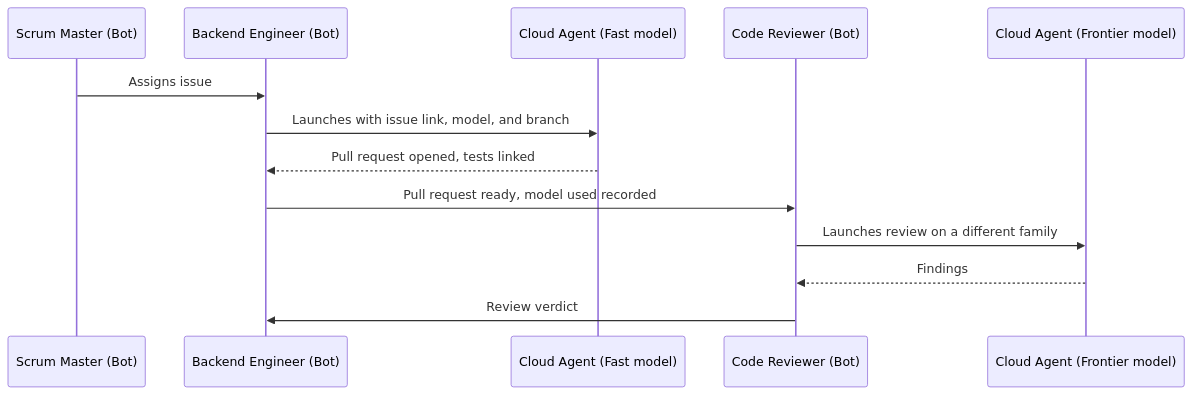
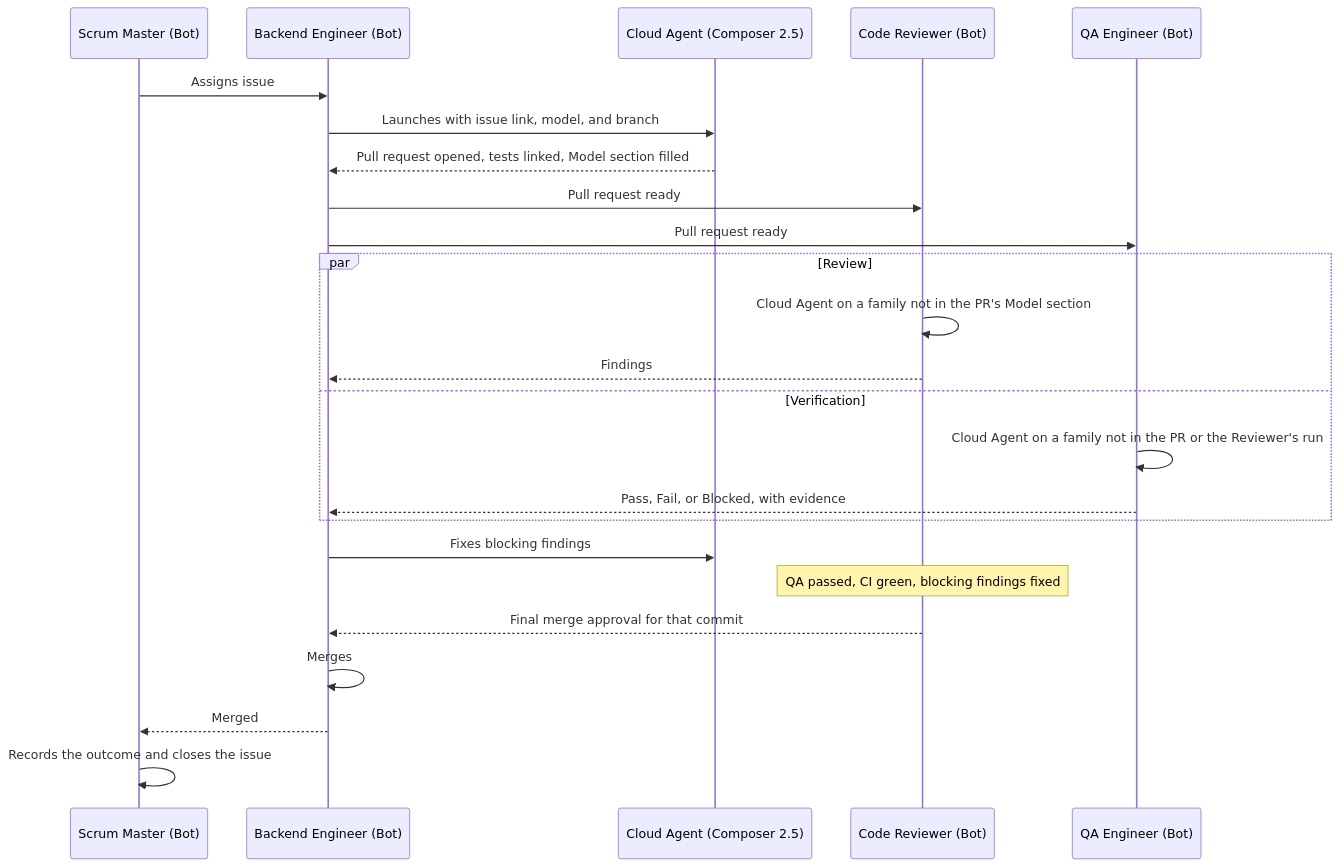
One commit to sheepnir/GrokBot_DevFlow changed the diagram in SOP/SOP-001-token-efficiency.md. Above: the diagram before and after it, drawn with Mermaid. The commit also changed other lines of this file and 2 other files, not shown here.

First line of the commit message:
Address CTO review of SOP-001

````diff
--- a/SOP/SOP-001-token-efficiency.md
+++ b/SOP/SOP-001-token-efficiency.md
@@ -49,15 +62,26 @@
 ```mermaid
 sequenceDiagram
     participant SM as Scrum Master (Bot)
     participant BE as Backend Engineer (Bot)
-    participant CA as Cloud Agent (Fast model)
+    participant CA as Cloud Agent (Composer 2.5)
     participant CR as Code Reviewer (Bot)
-    participant CA2 as Cloud Agent (Frontier model)
+    participant QA as QA Engineer (Bot)
     SM->>BE: Assigns issue
     BE->>CA: Launches with issue link, model, and branch
-    CA-->>BE: Pull request opened, tests linked
-    BE->>CR: Pull request ready, model used recorded
-    CR->>CA2: Launches review on a different family
-    CA2-->>CR: Findings
-    CR->>BE: Review verdict
+    CA-->>BE: Pull request opened, tests linked, Model section filled
+    BE->>CR: Pull request ready
+    BE->>QA: Pull request ready
+    par Review
+        CR->>CR: Cloud Agent on a family not in the PR's Model section
+        CR-->>BE: Findings
+    and Verification
+        QA->>QA: Cloud Agent on a family not in the PR or the Reviewer's run
+        QA-->>BE: Pass, Fail, or Blocked, with evidence
+    end
+    BE->>CA: Fixes blocking findings
+    Note over CR: QA passed, CI green, blocking findings fixed
+    CR-->>BE: Final merge approval for that commit
+    BE->>BE: Merges
+    BE-->>SM: Merged
+    SM->>SM: Records the outcome and closes the issue
 ```
````
